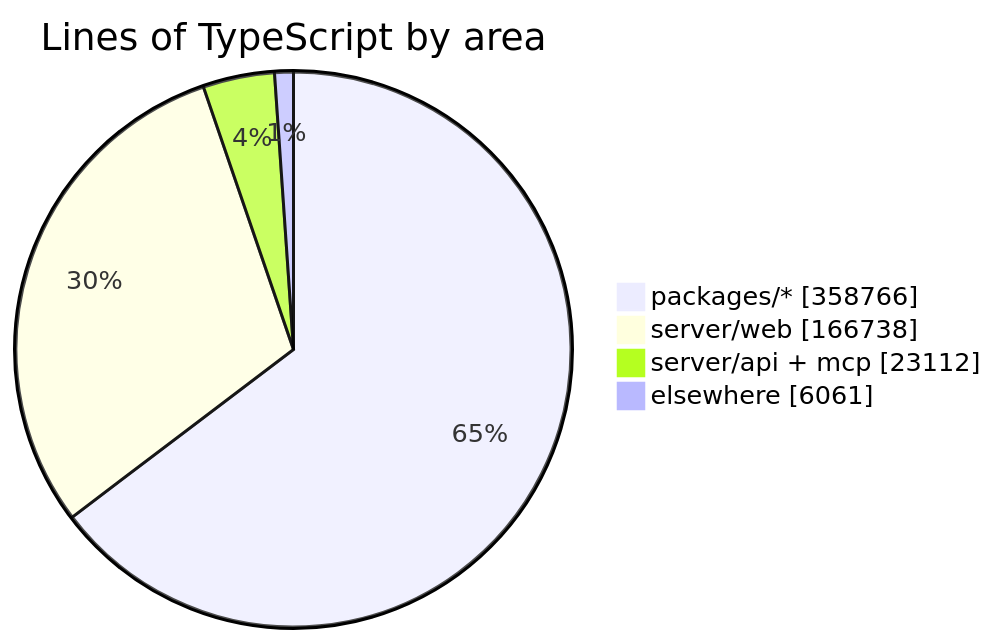
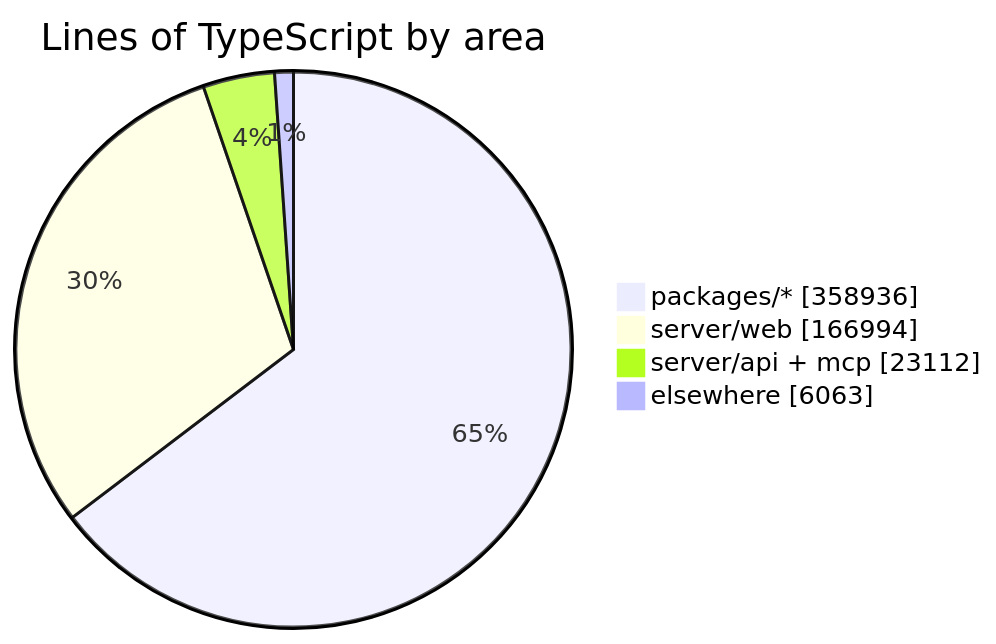
The diagram in README.md (crossworks-engineering/mantle), drawn with Mermaid before and after one commit. The commit also changed other lines of this file and 2 other files, not shown here.

````diff
--- a/README.md
+++ b/README.md
@@ -294,7 +294,7 @@
 ```mermaid
 pie showData title Lines of TypeScript by area
-    "packages/*" : 358766
-    "server/web" : 166738
+    "packages/*" : 358936
+    "server/web" : 166994
     "server/api + mcp" : 23112
-    "elsewhere" : 6061
+    "elsewhere" : 6063
 ```
````
